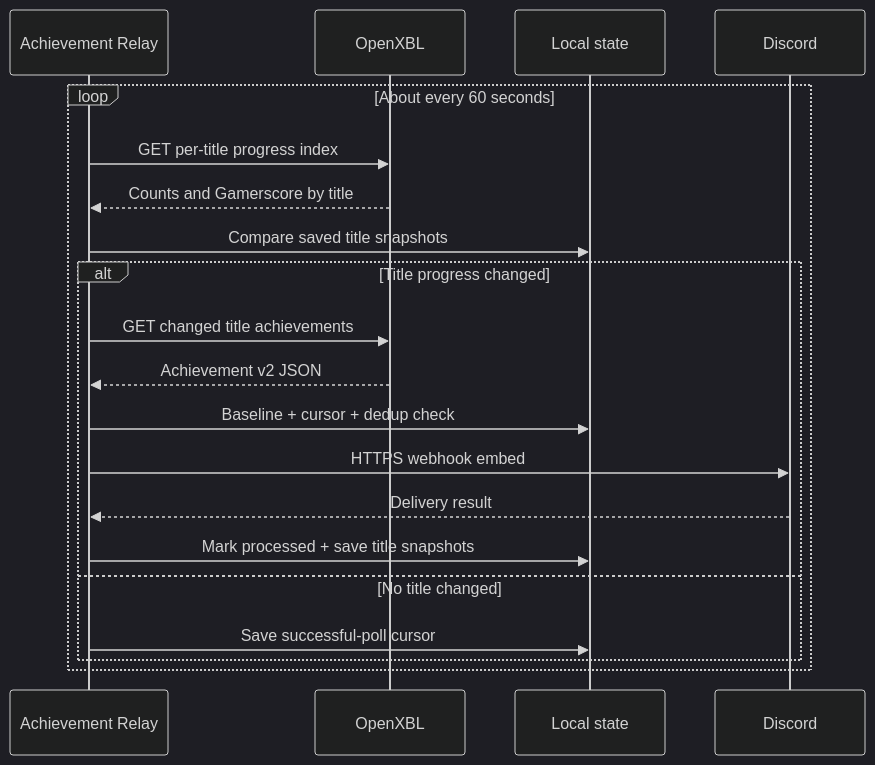
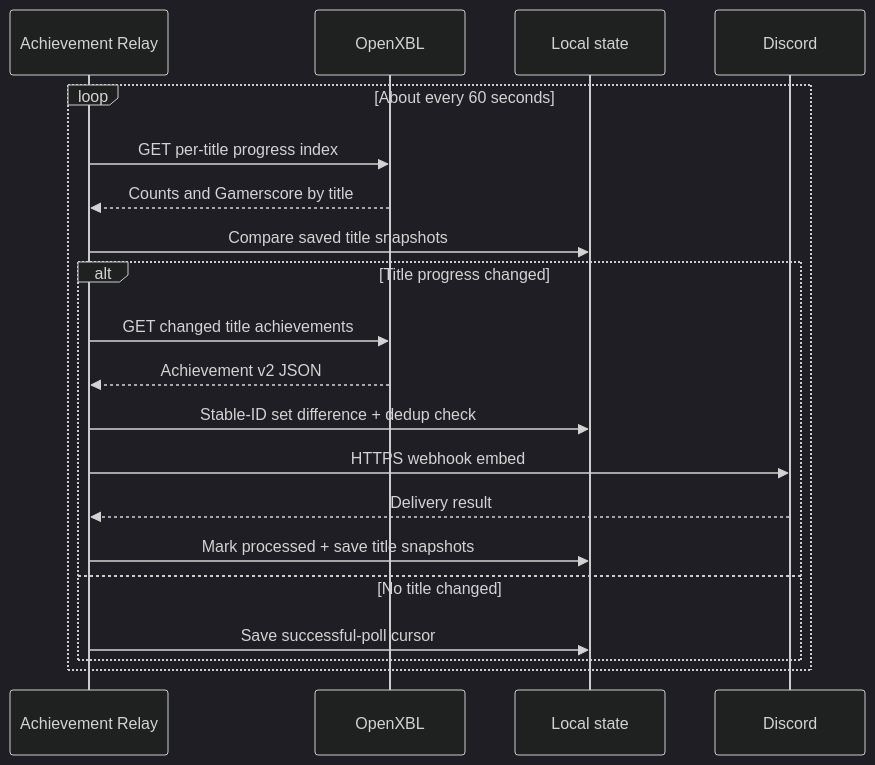
The diagram in docs/ARCHITECTURE.md (Conroy1988/Achievement-Relay), drawn with Mermaid (dark theme) before and after one commit. The commit also changed other lines of this file and 15 other files, not shown here.

````diff
--- a/docs/ARCHITECTURE.md
+++ b/docs/ARCHITECTURE.md
@@ -12,22 +12,22 @@
 ```mermaid
 sequenceDiagram
     participant A as Achievement Relay
     participant X as OpenXBL
     participant L as Local state
     participant D as Discord
     loop About every 60 seconds
         A->>X: GET per-title progress index
         X-->>A: Counts and Gamerscore by title
         A->>L: Compare saved title snapshots
         alt Title progress changed
             A->>X: GET changed title achievements
             X-->>A: Achievement v2 JSON
-            A->>L: Baseline + cursor + dedup check
+            A->>L: Stable-ID set difference + dedup check
             A->>D: HTTPS webhook embed
             D-->>A: Delivery result
             A->>L: Mark processed + save title snapshots
         else No title changed
             A->>L: Save successful-poll cursor
         end
     end
 ```
````
